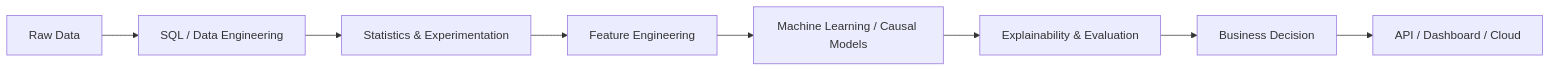
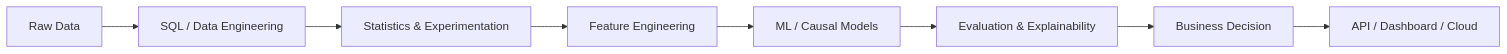
The diagram in README.md (Harshithpatali/Harshithpatali), drawn with Mermaid before and after one commit. The commit also changed other lines of this file, not shown here.

````diff
--- a/README.md
+++ b/README.md
@@ -51,10 +37,10 @@
 ```mermaid
 graph LR
     A["Raw Data"] --> B["SQL / Data Engineering"]
     B --> C["Statistics & Experimentation"]
     C --> D["Feature Engineering"]
-    D --> E["Machine Learning / Causal Models"]
-    E --> F["Explainability & Evaluation"]
+    D --> E["ML / Causal Models"]
+    E --> F["Evaluation & Explainability"]
     F --> G["Business Decision"]
     G --> H["API / Dashboard / Cloud"]
 ```
````
